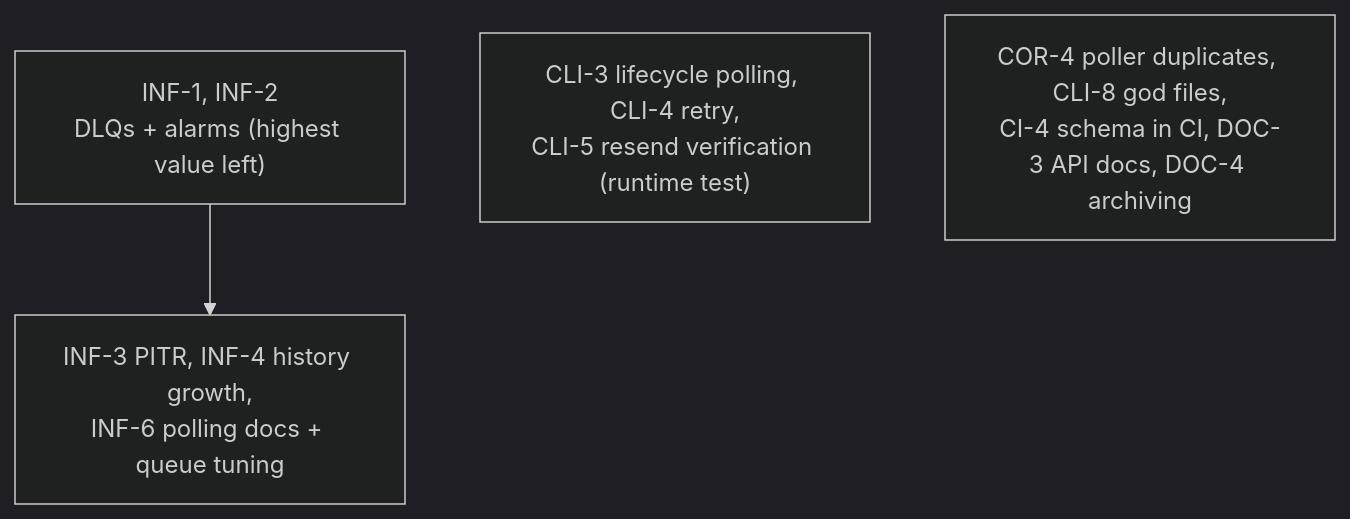
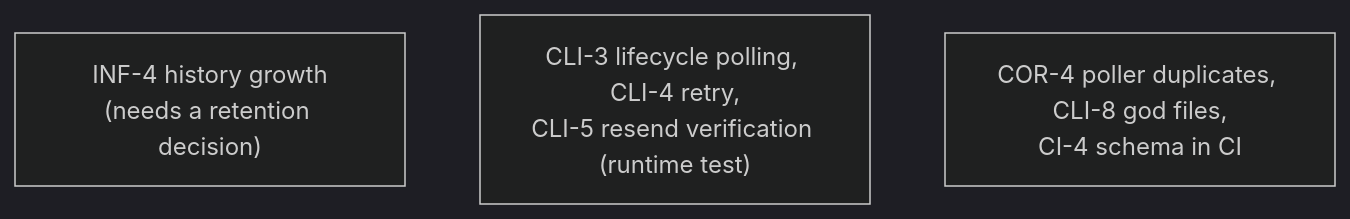
The diagram in documentation/incremental-remediation-plan.md (darkrelics/eidolon-engine), drawn with Mermaid (dark theme) before and after one commit. The commit also changed other lines of this file and 22 other files, not shown here.

````diff
--- a/documentation/incremental-remediation-plan.md
+++ b/documentation/incremental-remediation-plan.md
@@ -132,6 +142,6 @@
 ```mermaid
 flowchart TD
-    INF["INF-1, INF-2\nDLQs + alarms (highest value left)"] --> INFB["INF-3 PITR, INF-4 history growth,\nINF-6 polling docs + queue tuning"]
+    DECIDE["INF-4 history growth\n(needs a retention decision)"]
     CLI["CLI-3 lifecycle polling, CLI-4 retry,\nCLI-5 resend verification (runtime test)"]
-    REST["COR-4 poller duplicates, CLI-8 god files,\nCI-4 schema in CI, DOC-3 API docs, DOC-4 archiving"]
+    REST["COR-4 poller duplicates, CLI-8 god files,\nCI-4 schema in CI"]
 ```
````
